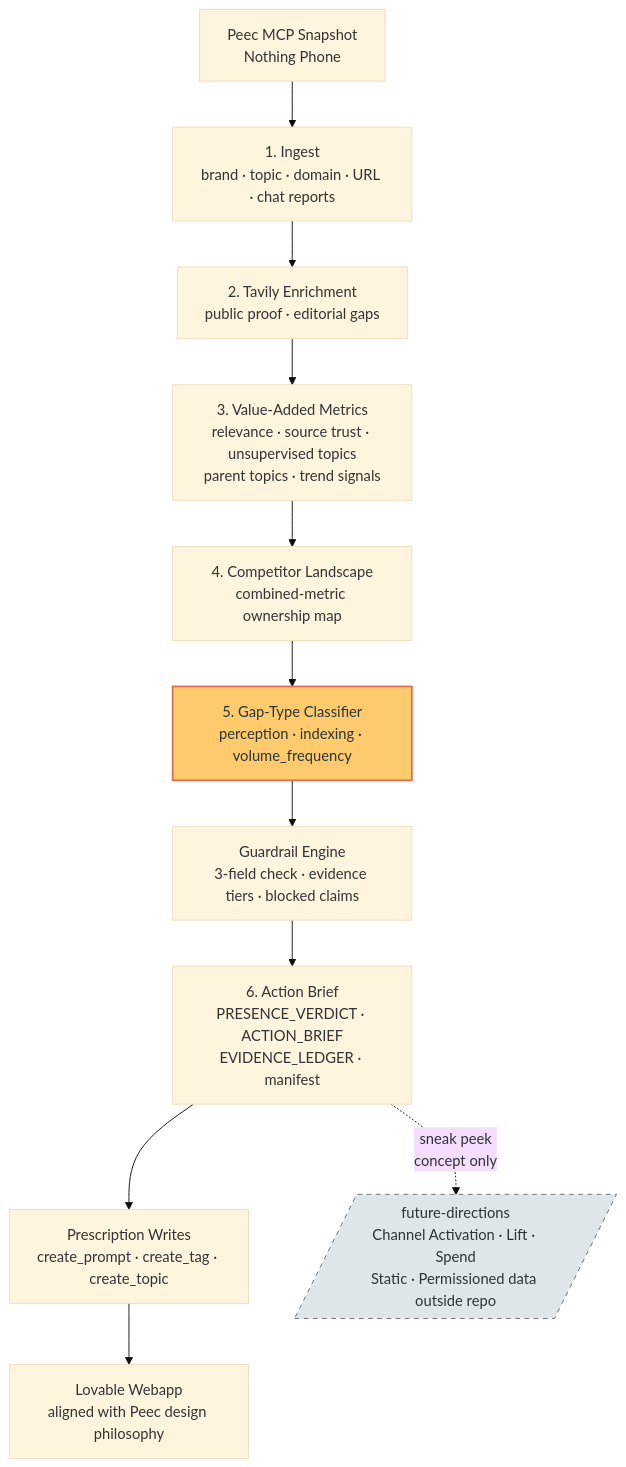
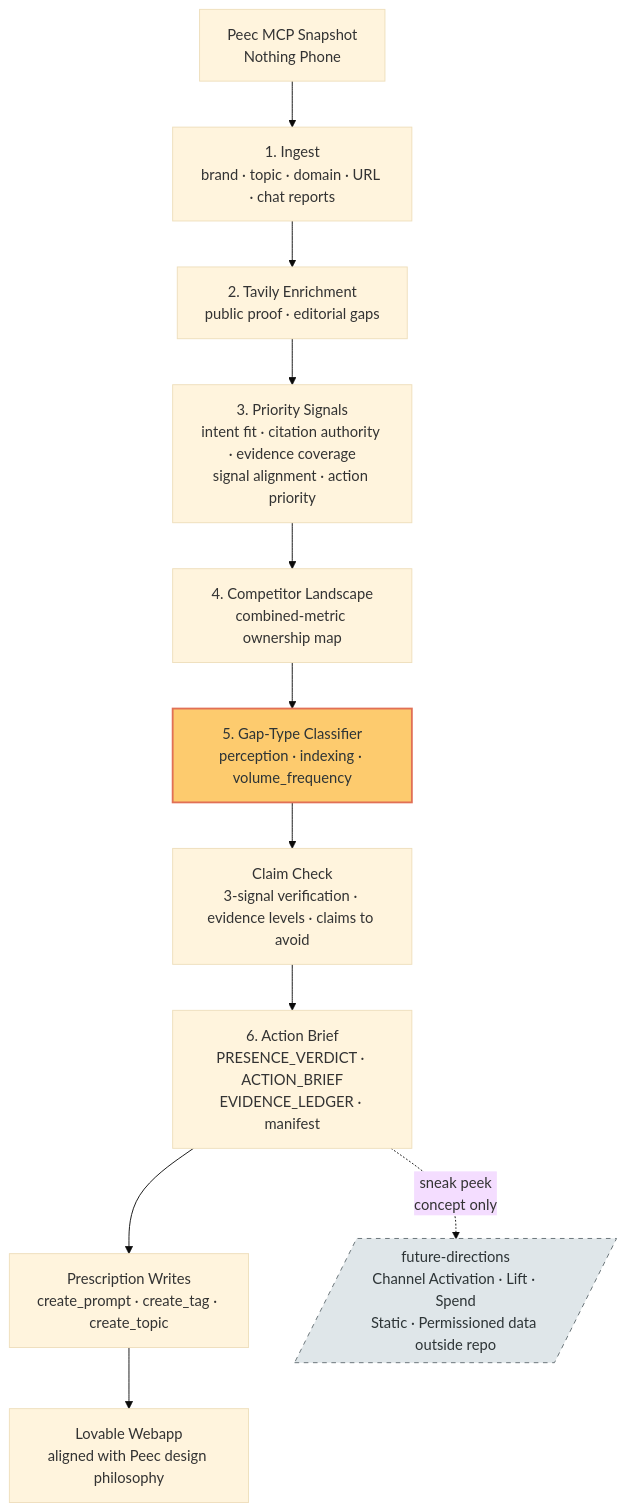
Before and after one commit to cote-star/presence-rx: the diagram in README.md, drawn with Mermaid (base theme). The commit also changed other lines of this file and 73 other files, not shown here.

````diff
--- a/README.md
+++ b/README.md
@@ -46,18 +46,18 @@
 ```mermaid
 flowchart TD
     A[Peec MCP Snapshot<br/>Nothing Phone] --> B[1. Ingest<br/>brand · topic · domain · URL · chat reports]
     B --> C[2. Tavily Enrichment<br/>public proof · editorial gaps]
-    C --> D[3. Value-Added Metrics<br/>relevance · source trust · unsupervised topics<br/>parent topics · trend signals]
+    C --> D[3. Priority Signals<br/>intent fit · citation authority · evidence coverage<br/>signal alignment · action priority]
     D --> E[4. Competitor Landscape<br/>combined-metric ownership map]
     E --> F[5. Gap-Type Classifier<br/>perception · indexing · volume_frequency]
-    F --> G[Guardrail Engine<br/>3-field check · evidence tiers · blocked claims]
+    F --> G[Claim Check<br/>3-signal verification · evidence levels · claims to avoid]
     G --> H[6. Action Brief<br/>PRESENCE_VERDICT · ACTION_BRIEF<br/>EVIDENCE_LEDGER · manifest]
     H --> I[Prescription Writes<br/>create_prompt · create_tag · create_topic]
     I --> J[Lovable Webapp<br/>aligned with Peec design philosophy]
     H -.->|sneak peek<br/>concept only| K[/future-directions<br/>Channel Activation · Lift · Spend<br/>Static · Permissioned data outside repo/]
 
     classDef sharp fill:#fdcb6e,stroke:#e17055,stroke-width:2px,color:#2d3436
     classDef future fill:#dfe6e9,stroke:#636e72,stroke-dasharray: 5 5,color:#2d3436
     class F sharp
     class K future
 ```
````
